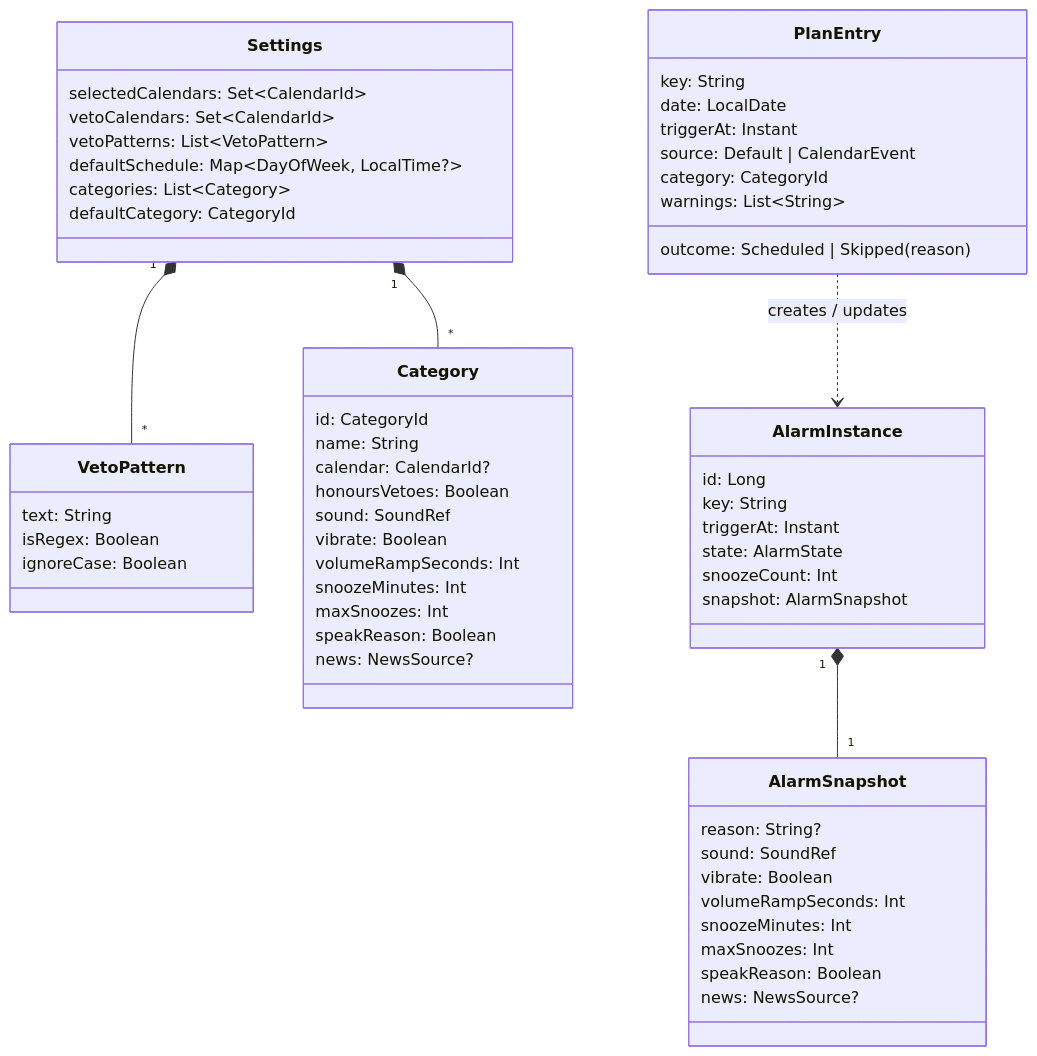
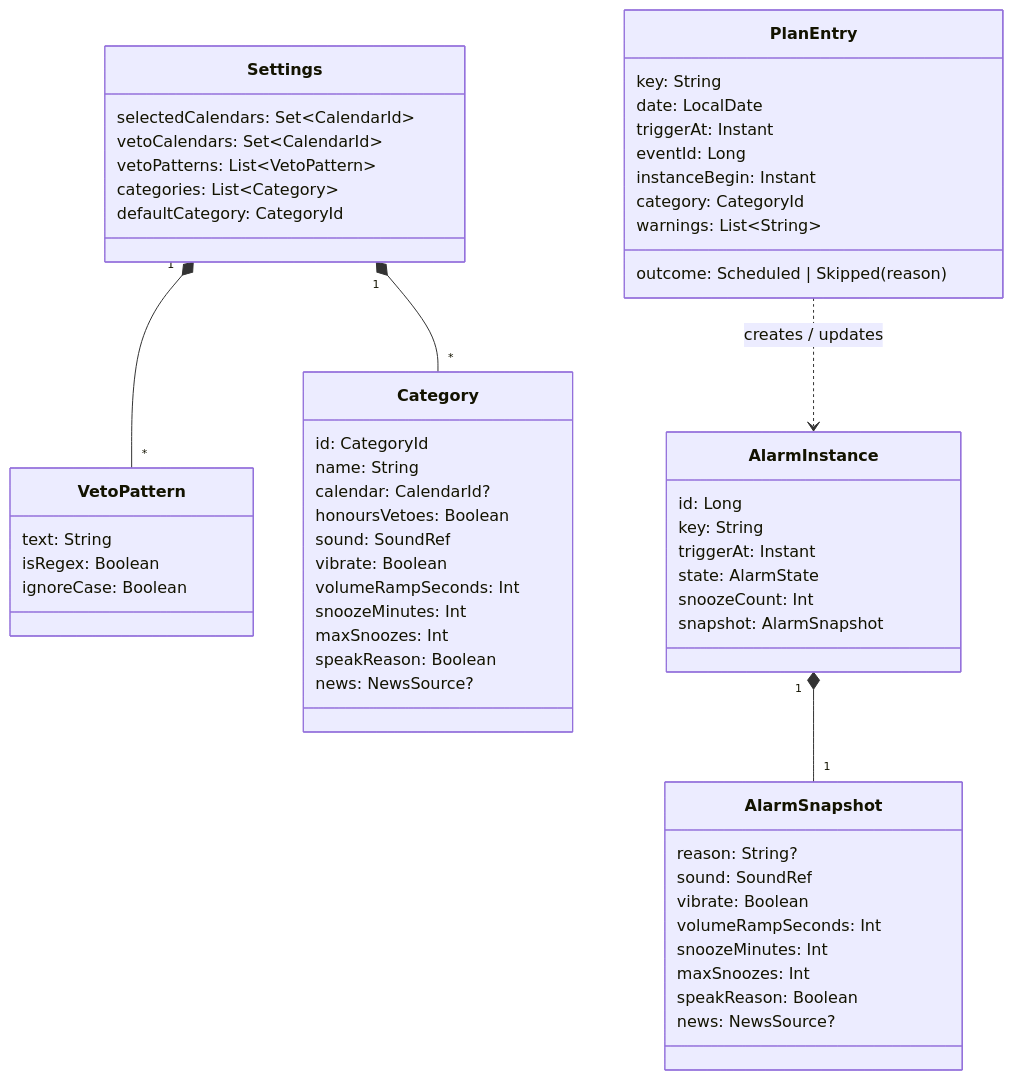
One commit to drehtuer/NextAlarmApp changed the fourth of 4 diagrams in docs/architecture.md. Above: the diagram before and after it, drawn with Mermaid. The commit also changed other lines of this file and 4 other files, not shown here.

````diff
--- a/docs/architecture.md
+++ b/docs/architecture.md
@@ -183,60 +213,60 @@
 ```mermaid
 classDiagram
     class Settings {
         selectedCalendars: Set~CalendarId~
         vetoCalendars: Set~CalendarId~
         vetoPatterns: List~VetoPattern~
-        defaultSchedule: Map~DayOfWeek, LocalTime?~
         categories: List~Category~
         defaultCategory: CategoryId
     }
     class VetoPattern {
         text: String
         isRegex: Boolean
         ignoreCase: Boolean
     }
     class Category {
         id: CategoryId
         name: String
         calendar: CalendarId?
         honoursVetoes: Boolean
         sound: SoundRef
         vibrate: Boolean
         volumeRampSeconds: Int
         snoozeMinutes: Int
         maxSnoozes: Int
         speakReason: Boolean
         news: NewsSource?
     }
     class PlanEntry {
         key: String
         date: LocalDate
         triggerAt: Instant
-        source: Default | CalendarEvent
+        eventId: Long
+        instanceBegin: Instant
         category: CategoryId
         outcome: Scheduled | Skipped(reason)
         warnings: List~String~
     }
     class AlarmInstance {
         id: Long
         key: String
         triggerAt: Instant
         state: AlarmState
         snoozeCount: Int
         snapshot: AlarmSnapshot
     }
     class AlarmSnapshot {
         reason: String?
         sound: SoundRef
         vibrate: Boolean
         volumeRampSeconds: Int
         snoozeMinutes: Int
         maxSnoozes: Int
         speakReason: Boolean
         news: NewsSource?
     }
     Settings "1" *-- "*" VetoPattern
     Settings "1" *-- "*" Category
     AlarmInstance "1" *-- "1" AlarmSnapshot
     PlanEntry ..> AlarmInstance : creates / updates
 ```
````
